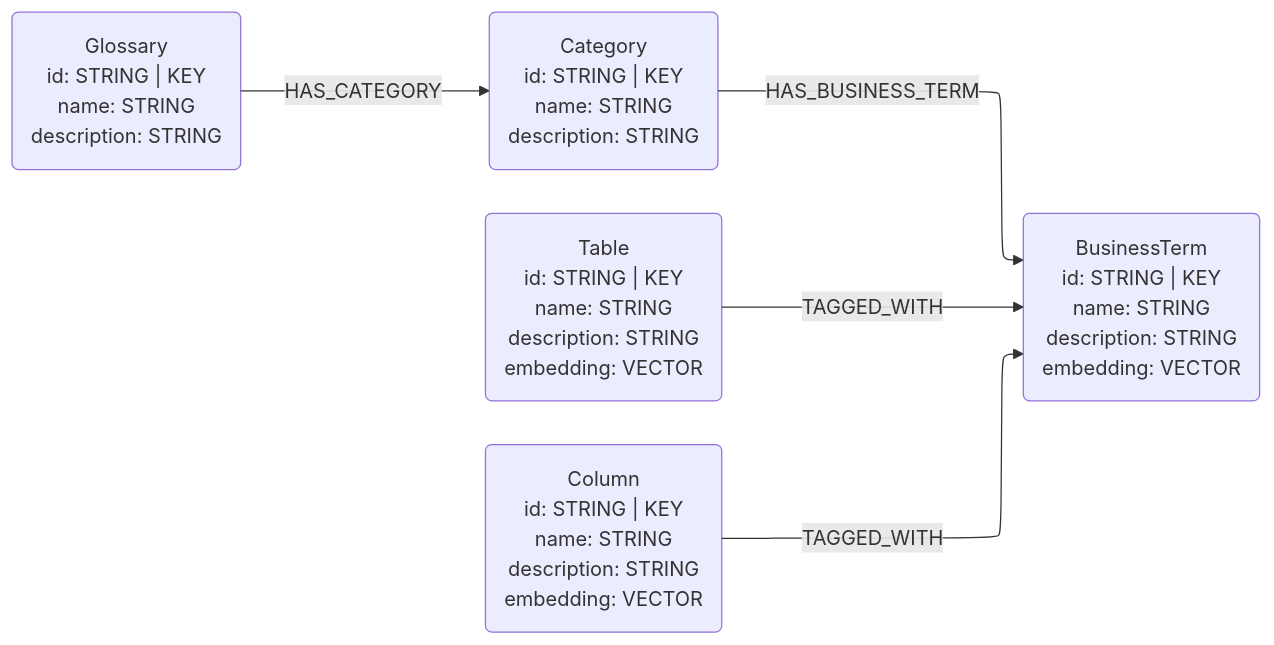
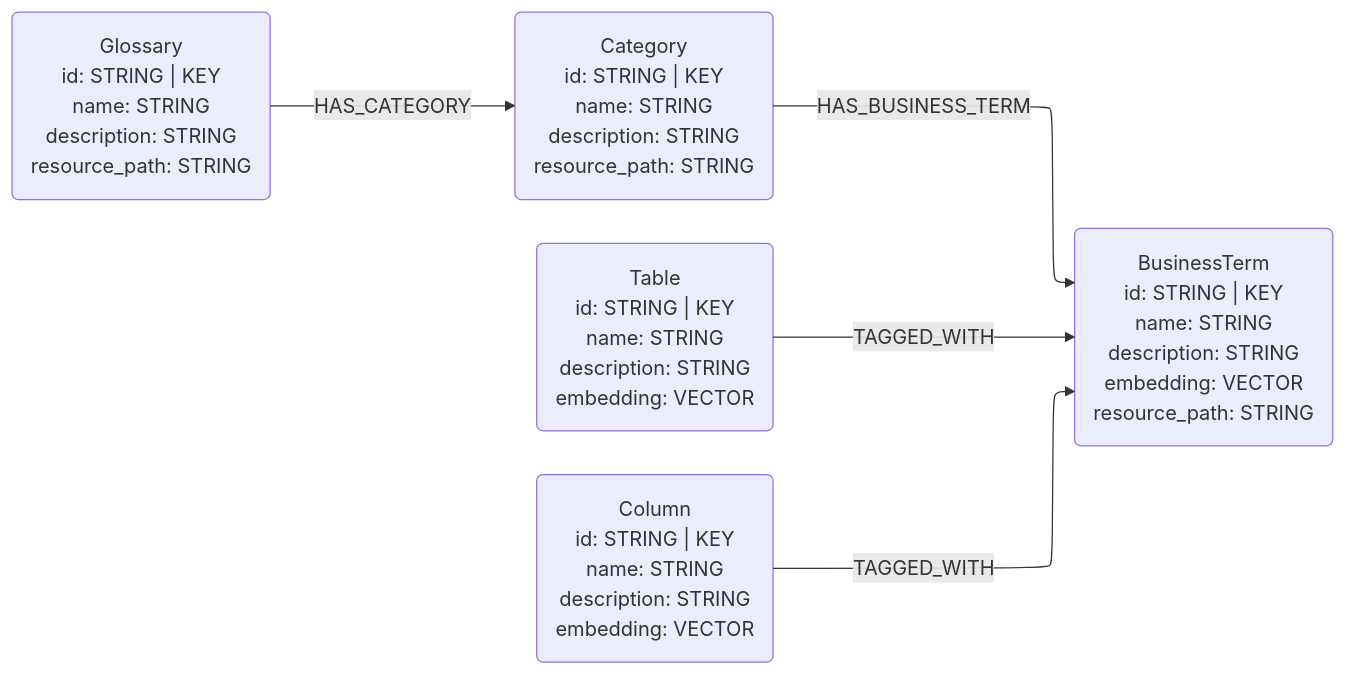
One commit to neo4j-labs/neocarta changed the second of 3 diagrams in neocarta/connectors/dataplex/README.md. Above: the diagram before and after it, drawn with Mermaid. The commit also changed other lines of this file and 20 other files, not shown here.

Commit message:
update data model diagrams and readmes

````diff
--- a/neocarta/connectors/dataplex/README.md
+++ b/neocarta/connectors/dataplex/README.md
@@ -38,19 +38,19 @@
 ```mermaid
 ---
 config:
     layout: elk
 ---
 graph LR
 %% Nodes
-Glossary("Glossary<br/>id: STRING | KEY<br/>name: STRING<br/>description: STRING")
-Category("Category<br/>id: STRING | KEY<br/>name: STRING<br/>description: STRING")
-BusinessTerm("BusinessTerm<br/>id: STRING | KEY<br/>name: STRING<br/>description: STRING<br/>embedding: VECTOR")
+Glossary("Glossary<br/>id: STRING | KEY<br/>name: STRING<br/>description: STRING<br/>resource_path: STRING")
+Category("Category<br/>id: STRING | KEY<br/>name: STRING<br/>description: STRING<br/>resource_path: STRING")
+BusinessTerm("BusinessTerm<br/>id: STRING | KEY<br/>name: STRING<br/>description: STRING<br/>embedding: VECTOR<br/>resource_path: STRING")
 Table("Table<br/>id: STRING | KEY<br/>name: STRING<br/>description: STRING<br/>embedding: VECTOR")
 Column("Column<br/>id: STRING | KEY<br/>name: STRING<br/>description: STRING<br/>embedding: VECTOR")
 
 %% Relationships
 Glossary -->|HAS_CATEGORY| Category
 Category -->|HAS_BUSINESS_TERM| BusinessTerm
 Column -->|TAGGED_WITH| BusinessTerm
 Table -->|TAGGED_WITH| BusinessTerm
 ```
````
